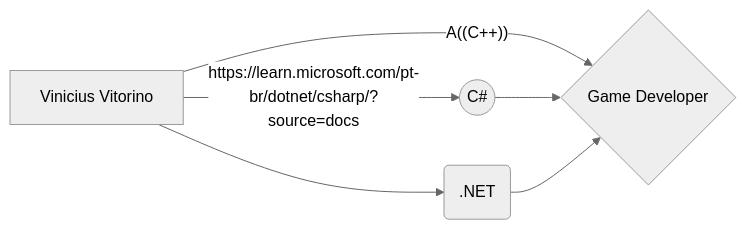
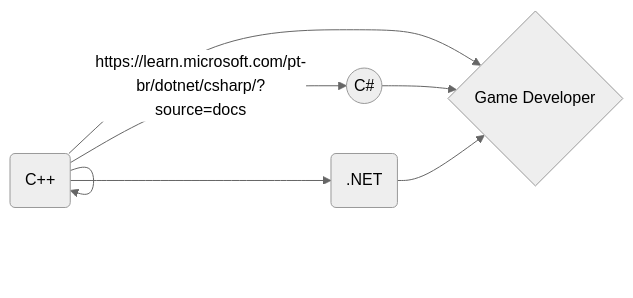
Before and after one commit to ViniciusVitorinoSantos/EstudosCS: the diagram in README.md, drawn with Mermaid (neutral theme).

````diff
--- a/README.md
+++ b/README.md
@@ -4,8 +4,8 @@
 ```mermaid
 graph LR
 A[Vinicius Vitorino] -- https://learn.microsoft.com/pt-br/dotnet/csharp/?source=docs --> B((C#))
 A --> C(.NET)
-A --A((C++))--> D
+A --> A(C++) --> D
 B --> D{Game Developer}
 C --> D
 ```
````
